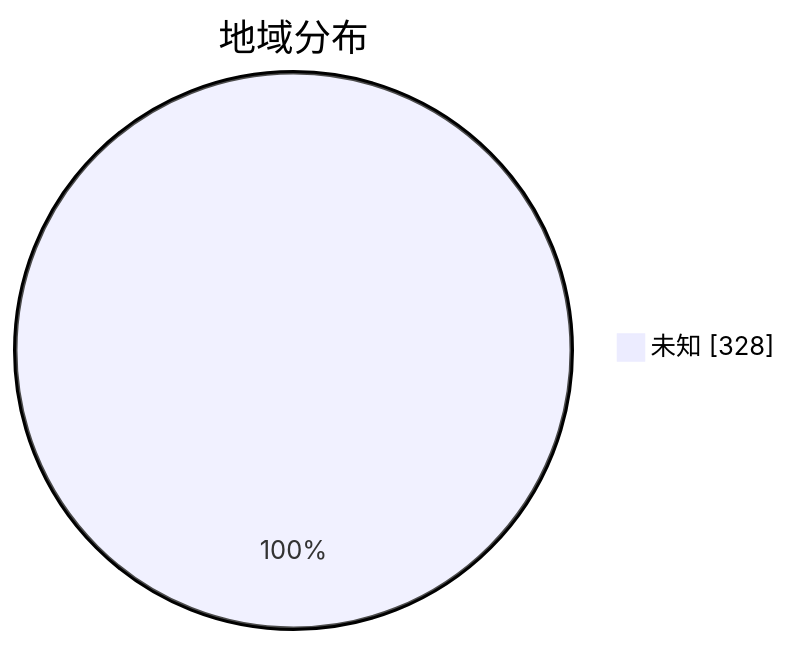
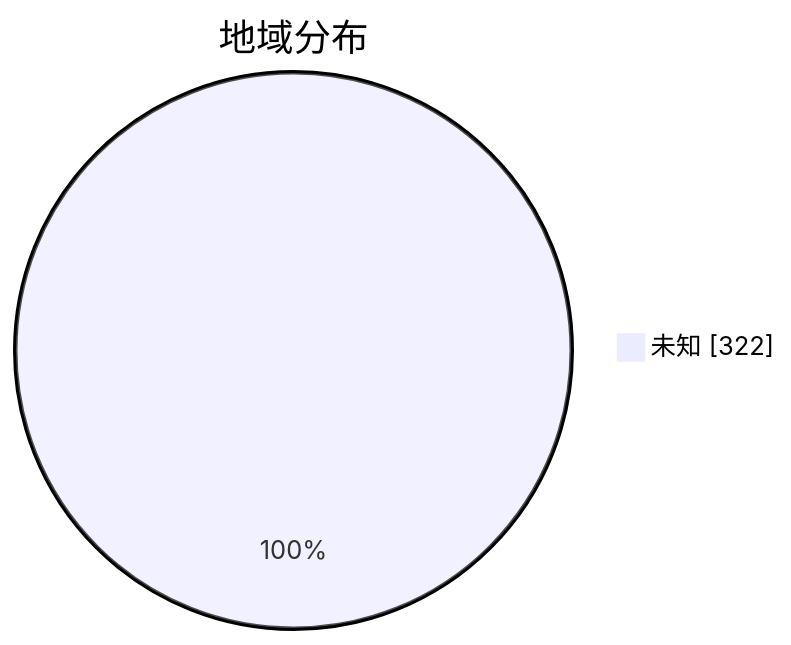
One commit to qjlxg/airport changed the second of 3 diagrams in subs/statistics/tested_within.md. Above: the diagram before and after it, drawn with Mermaid. The commit also changed other lines of this file and 2 other files, not shown here.

````diff
--- a/subs/statistics/tested_within.md
+++ b/subs/statistics/tested_within.md
@@ -13,5 +14,5 @@
 ```mermaid
 pie showData
 title 地域分布
-"未知" : 328
+"未知" : 322
 ```
````
